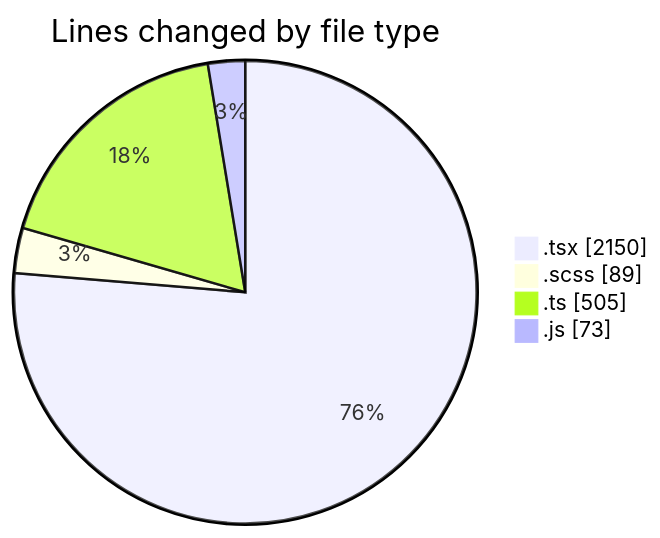
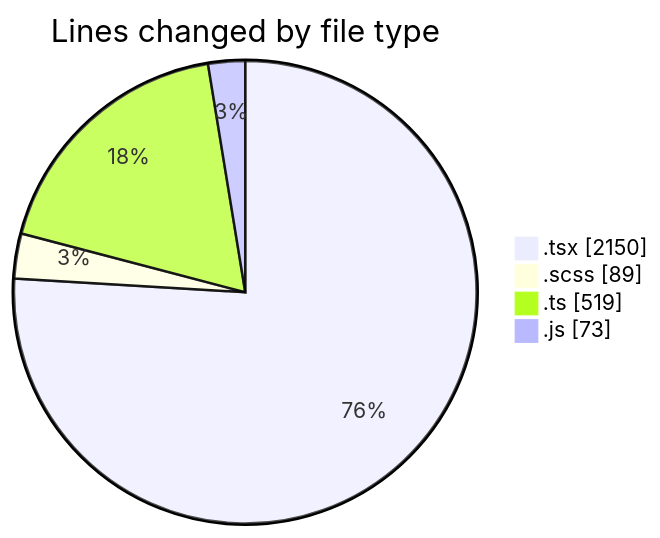
Before and after one commit to momahboobian/code-tracking: the first of 2 diagrams in 2025-06-17/cda/README.md, drawn with Mermaid. The commit also changed other lines of this file and 1 other file, not shown here.

````diff
--- a/2025-06-17/cda/README.md
+++ b/2025-06-17/cda/README.md
@@ -26,8 +26,8 @@
 ```mermaid
 pie showData
 title Lines changed by file type
 ".tsx" : 2150
 ".scss" : 89
-".ts" : 505
+".ts" : 519
 ".js" : 73
 ```
````
